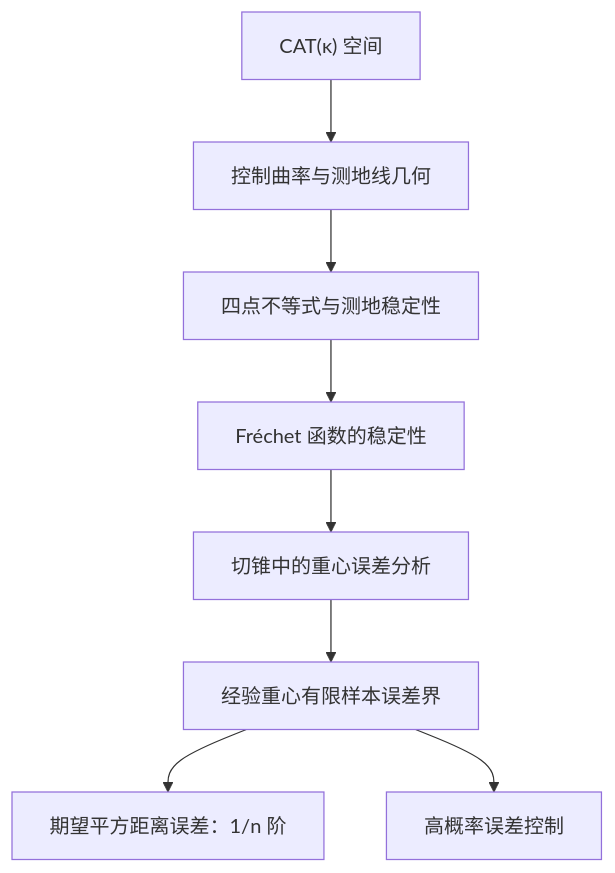
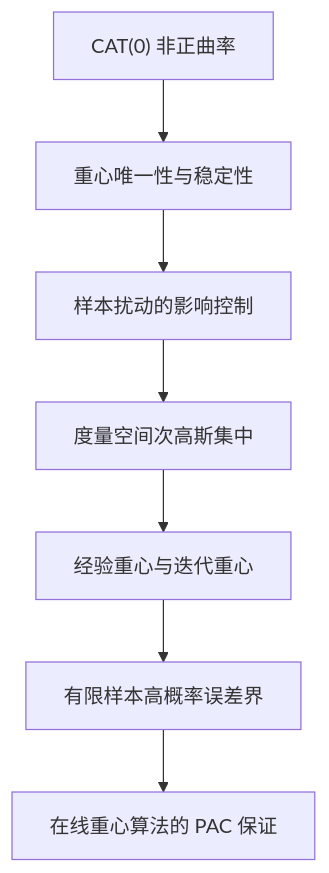
The second of 2 diagrams in issues/002-geodesic-distance.md (Salty-yeah-888/non-euclidean-statistics-notes), drawn with Mermaid before and after one commit. The commit also changed other lines of this file, not shown here.

````diff
--- a/issues/002-geodesic-distance.md
+++ b/issues/002-geodesic-distance.md
@@ -620,12 +742,9 @@
 ```mermaid
 flowchart TD
-    A["CAT(κ) 空间"] --> B["控制曲率与测地线几何"]
-
-    B --> C["四点不等式与测地稳定性"]
-    C --> D["Fréchet 函数的稳定性"]
-    D --> E["切锥中的重心误差分析"]
-    E --> F["经验重心有限样本误差界"]
-
-    F --> G["期望平方距离误差：1/n 阶"]
-    F --> H["高概率误差控制"]
+    A["CAT(0) 非正曲率"] --> B["重心唯一性与稳定性"]
+    B --> C["样本扰动的影响控制"]
+    C --> D["度量空间次高斯集中"]
+    D --> E["经验重心与迭代重心"]
+    E --> F["有限样本高概率误差界"]
+    F --> G["在线重心算法的 PAC 保证"]
 ```
````
